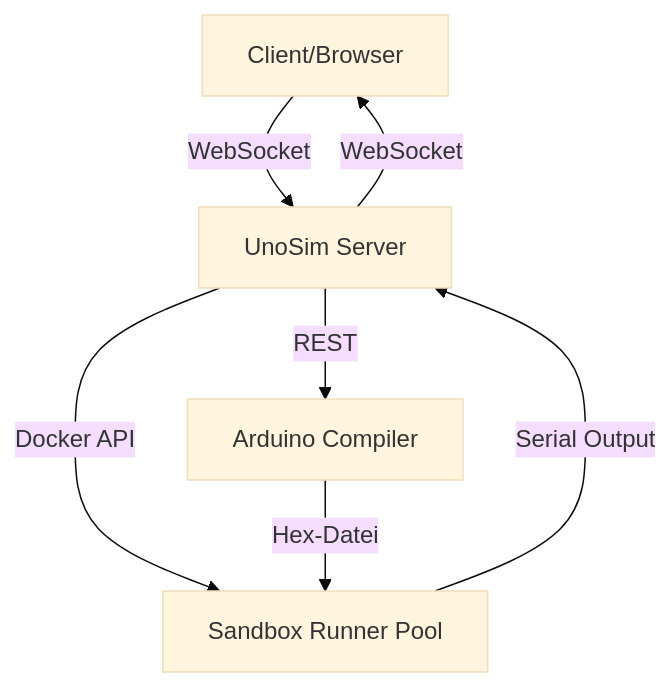
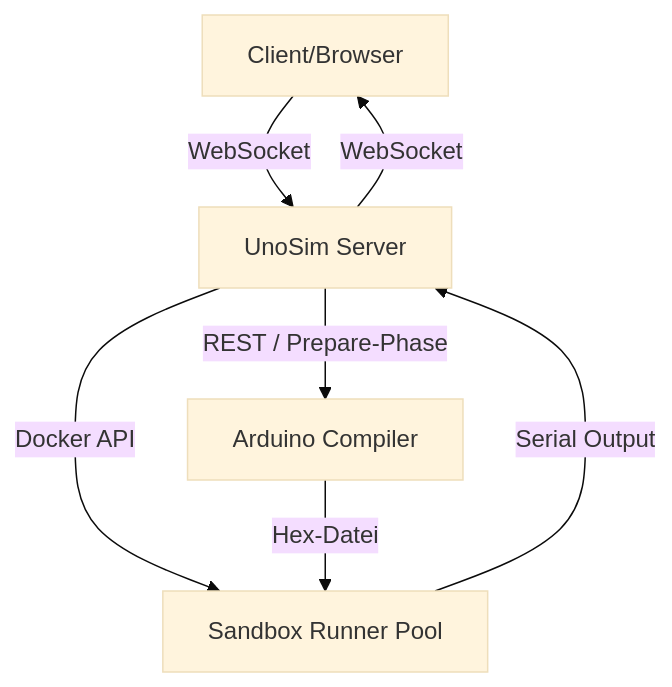
Before and after one commit to MoDevIO/UnoSim: the diagram in docs/ARCHITECTURE.md, drawn with Mermaid (base theme). The commit also changed other lines of this file and 16 other files, not shown here.

````diff
--- a/docs/ARCHITECTURE.md
+++ b/docs/ARCHITECTURE.md
@@ -18,9 +18,9 @@
 ```mermaid
 graph TD
     A[Client/Browser] -->|WebSocket| B[UnoSim Server]
-    B -->|REST| C[Arduino Compiler]
+    B -->|REST / Prepare-Phase| C[Arduino Compiler]
     B -->|Docker API| D[Sandbox Runner Pool]
     C -->|Hex-Datei| D
     D -->|Serial Output| B
     B -->|WebSocket| A
 ```
````
